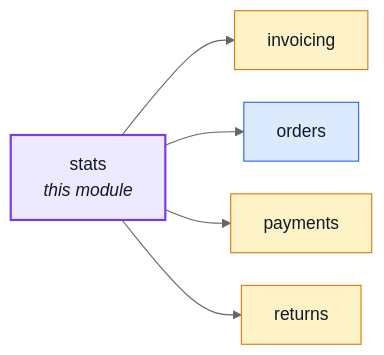
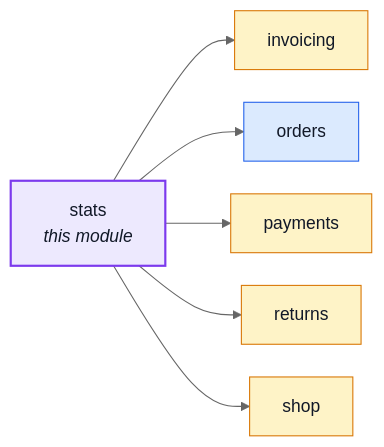
The first of 3 diagrams in docs/modules/stats.md (Guebbit/boilerplate-node-backend), drawn with Mermaid (neutral theme) before and after one commit. The commit also changed 70 other files, not shown here.

````diff
--- a/docs/modules/stats.md
+++ b/docs/modules/stats.md
@@ -20,22 +20,24 @@
 ```mermaid
 %%{init: {'flowchart': {'nodeSpacing': 30, 'rankSpacing': 60}}}%%
 flowchart LR
     stats["stats<br/><i>this module</i>"]
     invoicing["invoicing"]
     orders["orders"]
     payments["payments"]
     returns["returns"]
+    shop["shop"]
 
     stats --> invoicing
     stats --> orders
     stats --> payments
     stats --> returns
+    stats --> shop
 
     classDef core fill:#dbeafe,stroke:#2563eb,color:#111827;
     classDef supporting fill:#fef3c7,stroke:#d97706,color:#111827;
     classDef generic fill:#dcfce7,stroke:#16a34a,color:#111827;
     classDef centre fill:#ede9fe,stroke:#7c3aed,stroke-width:2px,color:#111827;
     class orders core;
-    class invoicing,payments,returns supporting;
+    class invoicing,payments,returns,shop supporting;
     class stats centre;
 ```
````
